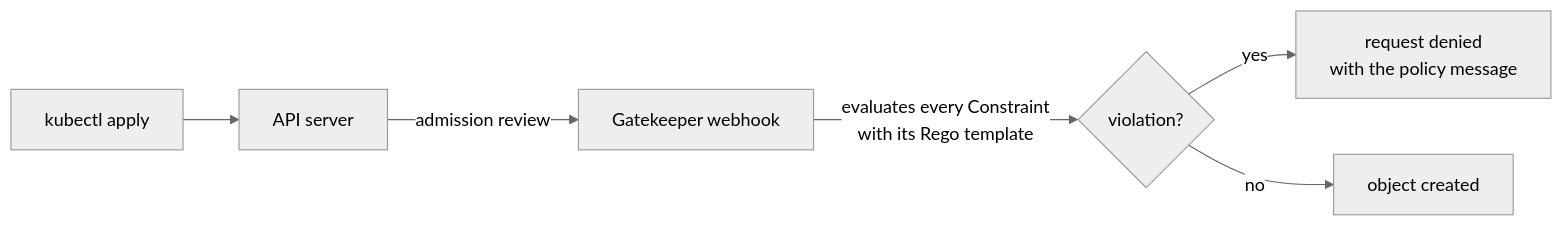
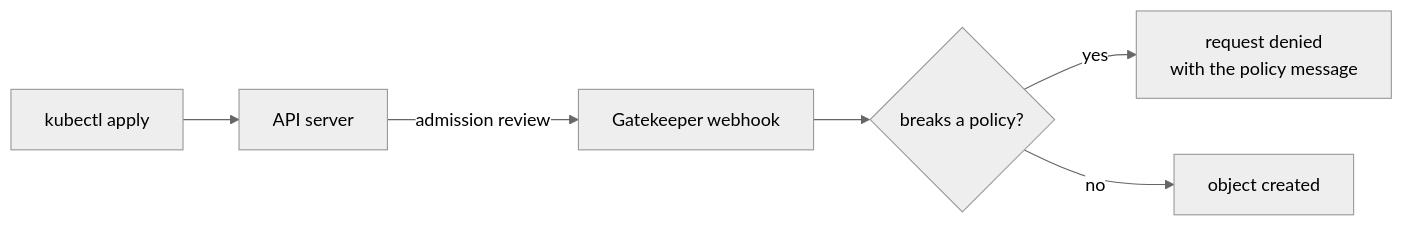
Before and after one commit to raslenraslen/opa-gatekeeper-lab: the diagram in README.md, drawn with Mermaid (neutral theme). The commit also changed other lines of this file, not shown here.

````diff
--- a/README.md
+++ b/README.md
@@ -23,8 +52,8 @@
 ```mermaid
 flowchart LR
     U["kubectl apply"] --> A["API server"]
     A -- "admission review" --> G["Gatekeeper webhook"]
-    G -- "evaluates every Constraint<br/>with its Rego template" --> D{"violation?"}
+    G --> D{"breaks a policy?"}
     D -- "yes" --> R["request denied<br/>with the policy message"]
     D -- "no" --> OK["object created"]
 ```
````
